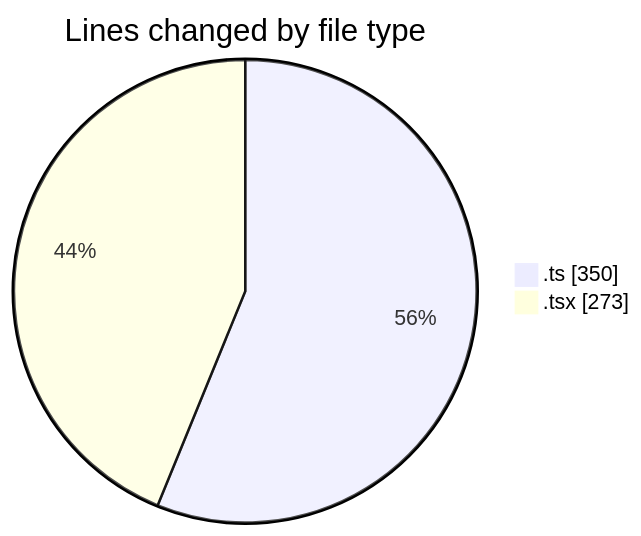
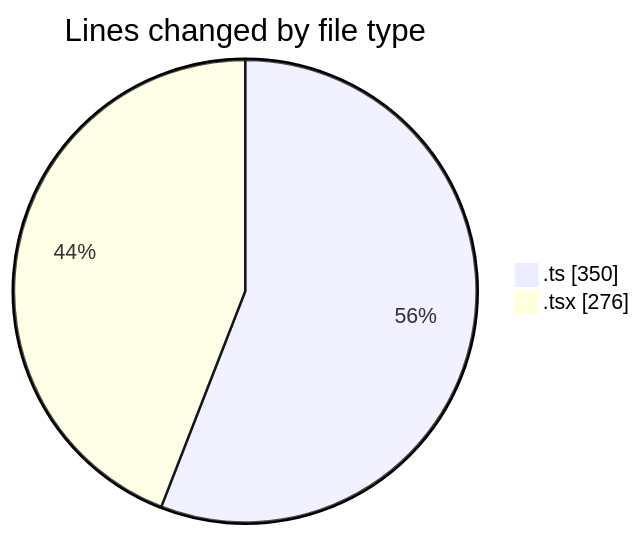
Before and after one commit to momahboobian/code-tracking: the first of 2 diagrams in 2025-09-02/cda/README.md, drawn with Mermaid. The commit also changed other lines of this file and 1 other file, not shown here.

````diff
--- a/2025-09-02/cda/README.md
+++ b/2025-09-02/cda/README.md
@@ -23,6 +23,6 @@
 ```mermaid
 pie showData
 title Lines changed by file type
 ".ts" : 350
-".tsx" : 273
+".tsx" : 276
 ```
````
